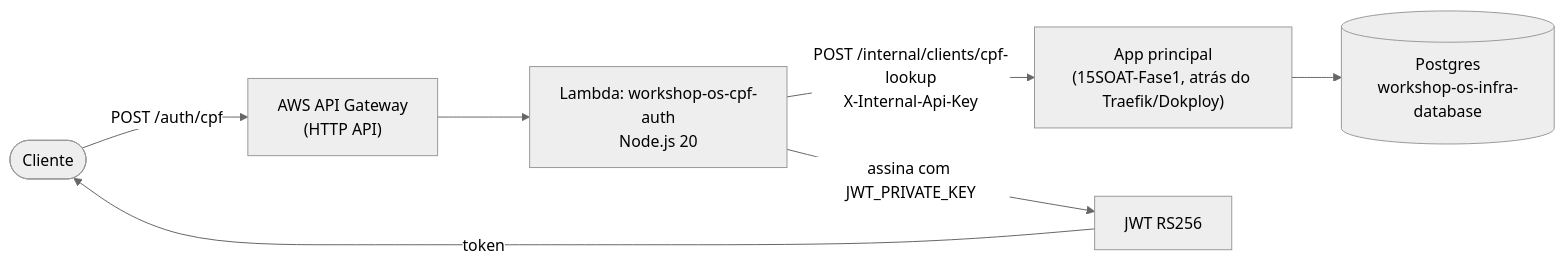
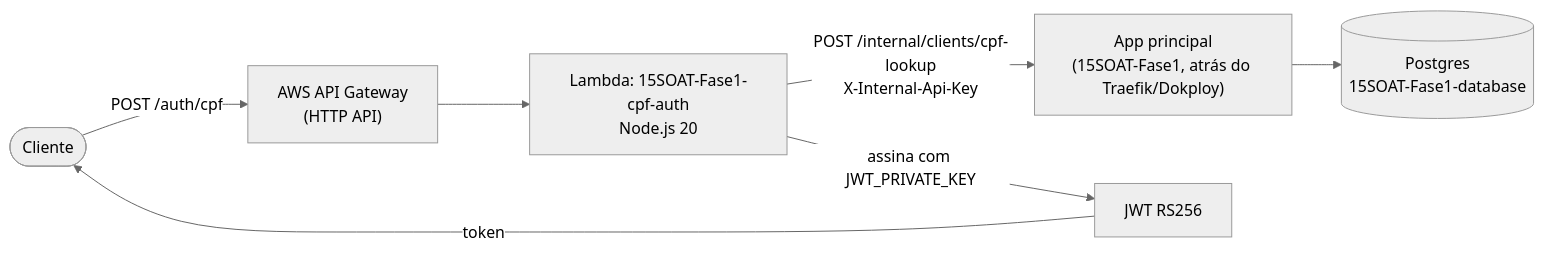
Before and after one commit to CandidoRPNeto/15SOAT-Fase1-lambda: the diagram in README.md, drawn with Mermaid (neutral theme). The commit also changed other lines of this file and 4 other files, not shown here.

First line of the commit message:
chore: rename repo and resources from workshop-os- to 15SOAT-Fase1- prefix

````diff
--- a/README.md
+++ b/README.md
@@ -92,9 +92,9 @@
 ```mermaid
 flowchart LR
     Cliente(["Cliente"]) -->|POST /auth/cpf| APIGW["AWS API Gateway<br/>(HTTP API)"]
-    APIGW --> Lambda["Lambda: workshop-os-cpf-auth<br/>Node.js 20"]
+    APIGW --> Lambda["Lambda: 15SOAT-Fase1-cpf-auth<br/>Node.js 20"]
     Lambda -->|"POST /internal/clients/cpf-lookup<br/>X-Internal-Api-Key"| App["App principal<br/>(15SOAT-Fase1, atrás do Traefik/Dokploy)"]
-    App --> DB[("Postgres<br/>workshop-os-infra-database")]
+    App --> DB[("Postgres<br/>15SOAT-Fase1-database")]
     Lambda -->|"assina com JWT_PRIVATE_KEY"| JWT["JWT RS256"]
     JWT -->|token| Cliente
 ```
````
